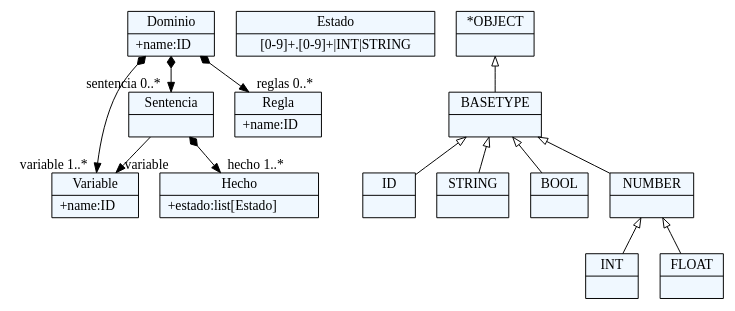
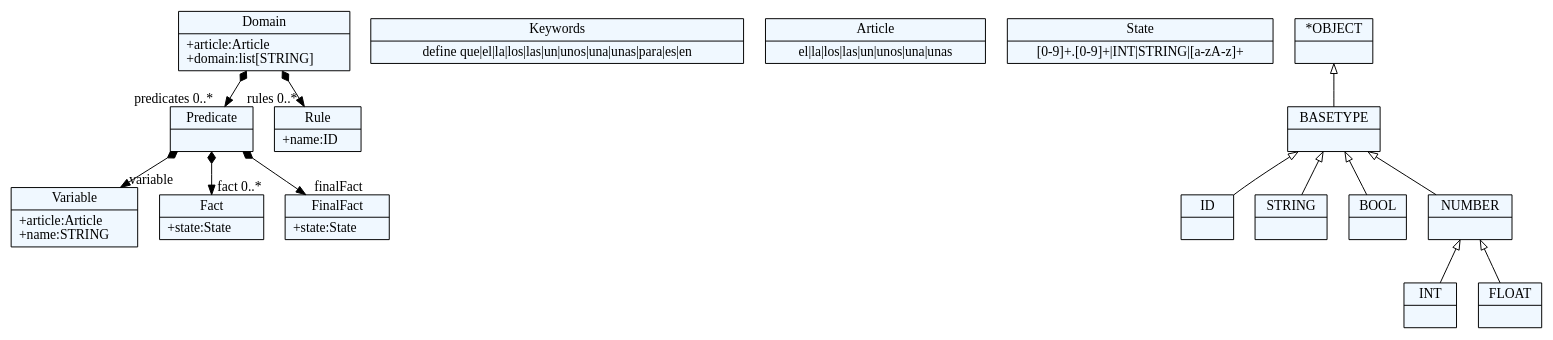
The diagram in gramatica.tx.dot (CarlosGutierrezArdila/DSL4UDRules), drawn with Graphviz before and after one commit. The commit also changed 3 other files, not shown here.

Commit message:
Se mejora gramatica, se agregan palabras reservadas y un hecho final

```diff
--- a/gramatica.tx.dot
+++ b/gramatica.tx.dot
@@ -1,55 +1,61 @@
 
     digraph xtext {
     fontname = "Bitstream Vera Sans"
     fontsize = 8
     node[
         shape=record,
         style=filled,
         fillcolor=aliceblue
     ]
     nodesep = 0.3
     edge[dir=black,arrowtail=empty]
 
 
-94542106913880 -> 94542106897272[arrowtail=diamond, dir=both, headlabel="variable 1..*"]
-94542106913880 -> 94542107100456[arrowtail=diamond, dir=both, headlabel="sentencia 0..*"]
-94542106913880 -> 94542107109528[arrowtail=diamond, dir=both, headlabel="reglas 0..*"]
-94542106913880[ label="{Dominio|+name:ID\l}"]
+94788924833448 -> 94788925039864[arrowtail=diamond, dir=both, headlabel="predicates 0..*"]
+94788924833448 -> 94788925070216[arrowtail=diamond, dir=both, headlabel="rules 0..*"]
+94788924833448[ label="{Domain|+article:Article\l+domain:list[STRING]\l}"]
 
-94542106897272[ label="{Variable|+name:ID\l}"]
+94788924816840[ label="{Keywords|define que\|el\|la\|los\|las\|un\|unos\|una\|unas\|para\|es\|en}"]
 
-94542107100456 -> 94542106897272[headlabel="variable "]
-94542107100456 -> 94542107105992[arrowtail=diamond, dir=both, headlabel="hecho 1..*"]
-94542107100456[ label="{Sentencia|}"]
+94788925029976[ label="{Article|el\|la\|los\|las\|un\|unos\|una\|unas}"]
 
-94542107105992[ label="{Hecho|+estado:list[Estado]\l}"]
+94788925034920[ label="{Variable|+article:Article\l+name:STRING\l}"]
 
-94542107111528[ label="{Estado|[0-9]+.[0-9]+\|INT\|STRING}"]
+94788925039864 -> 94788925034920[arrowtail=diamond, dir=both, headlabel="variable "]
+94788925039864 -> 94788925044808[arrowtail=diamond, dir=both, headlabel="fact 0..*"]
+94788925039864 -> 94788922837000[arrowtail=diamond, dir=both, headlabel="finalFact "]
+94788925039864[ label="{Predicate|}"]
 
-94542107109528[ label="{Regla|+name:ID\l}"]
+94788925044808[ label="{Fact|+state:State\l}"]
 
-94542106878408[ label="{ID|}"]
+94788922837000[ label="{FinalFact|+state:State\l}"]
 
-94542106899272[ label="{STRING|}"]
+94788922841944[ label="{State|[0-9]+.[0-9]+\|INT\|STRING\|[a-zA-z]+}"]
 
-94542106904808[ label="{BOOL|}"]
+94788925070216[ label="{Rule|+name:ID\l}"]
 
-94542106910344[ label="{INT|}"]
+94788924796440[ label="{ID|}"]
 
-94542106915880[ label="{FLOAT|}"]
+94788924818840[ label="{STRING|}"]
 
-94542106921416[ label="{NUMBER|}"]
-94542106921416 -> 94542106915880 [dir=back]
-94542106921416 -> 94542106910344 [dir=back]
+94788924824376[ label="{BOOL|}"]
 
-94542106926952[ label="{BASETYPE|}"]
-94542106926952 -> 94542106921416 [dir=back]
-94542106926952 -> 94542106904808 [dir=back]
-94542106926952 -> 94542106878408 [dir=back]
-94542106926952 -> 94542106899272 [dir=back]
+94788924829912[ label="{INT|}"]
 
-94542106933080[ label="{*OBJECT|}"]
-94542106933080 -> 94542106926952 [dir=back]
+94788924835448[ label="{FLOAT|}"]
+
+94788924840984[ label="{NUMBER|}"]
+94788924840984 -> 94788924835448 [dir=back]
+94788924840984 -> 94788924829912 [dir=back]
+
+94788924846520[ label="{BASETYPE|}"]
+94788924846520 -> 94788924840984 [dir=back]
+94788924846520 -> 94788924824376 [dir=back]
+94788924846520 -> 94788924796440 [dir=back]
+94788924846520 -> 94788924818840 [dir=back]
+
+94788924852648[ label="{*OBJECT|}"]
+94788924852648 -> 94788924846520 [dir=back]
 
 
 }
```
